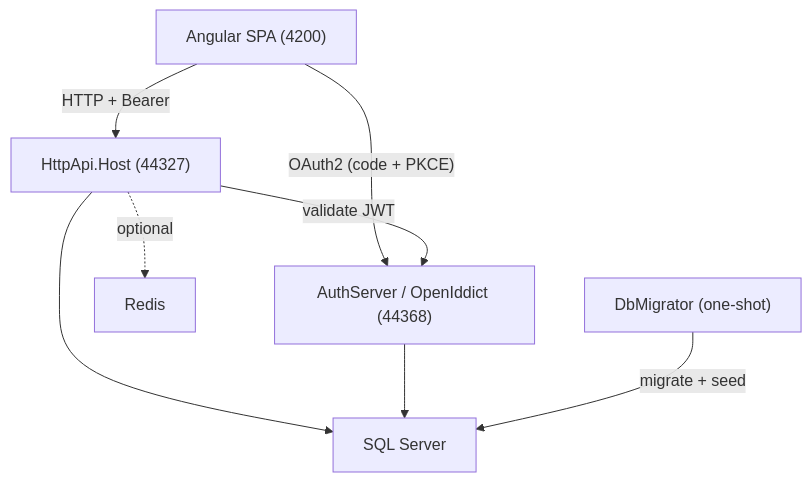
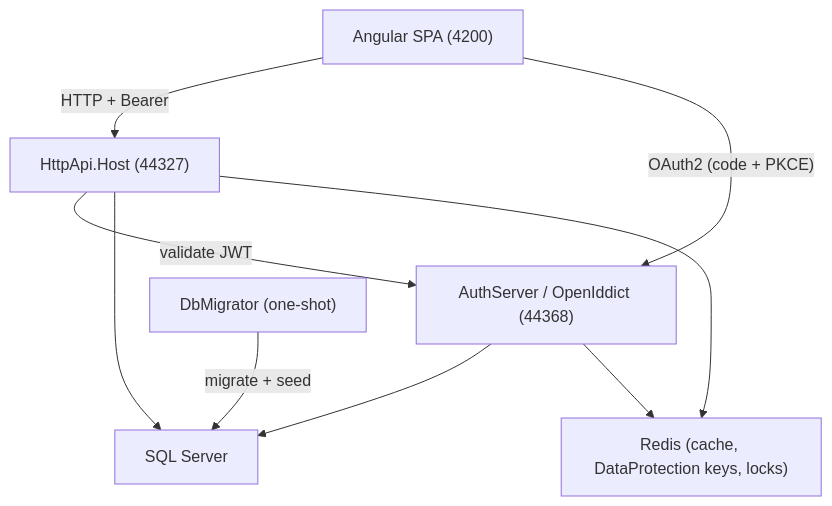
One commit to gesco-healthcare-support/hcs-patient-portal changed the diagram in docs/INDEX.md. Above: the diagram before and after it, drawn with Mermaid. The commit also changed other lines of this file and 6 other files, not shown here.

First line of the commit message:
docs(architecture): re-baseline the architecture and CI reference pages

````diff
--- a/docs/INDEX.md
+++ b/docs/INDEX.md
@@ -20,10 +20,11 @@
 ```mermaid
 flowchart TB
     Angular["Angular SPA (4200)"] -->|"HTTP + Bearer"| API["HttpApi.Host (44327)"]
     Angular -->|"OAuth2 (code + PKCE)"| Auth["AuthServer / OpenIddict (44368)"]
     API -->|"validate JWT"| Auth
     API --> SQL["SQL Server"]
-    API -.->|optional| Redis["Redis"]
+    API --> Redis["Redis (cache, DataProtection keys, locks)"]
     Auth --> SQL
+    Auth --> Redis
     Migrator["DbMigrator (one-shot)"] -->|"migrate + seed"| SQL
 ```
````
